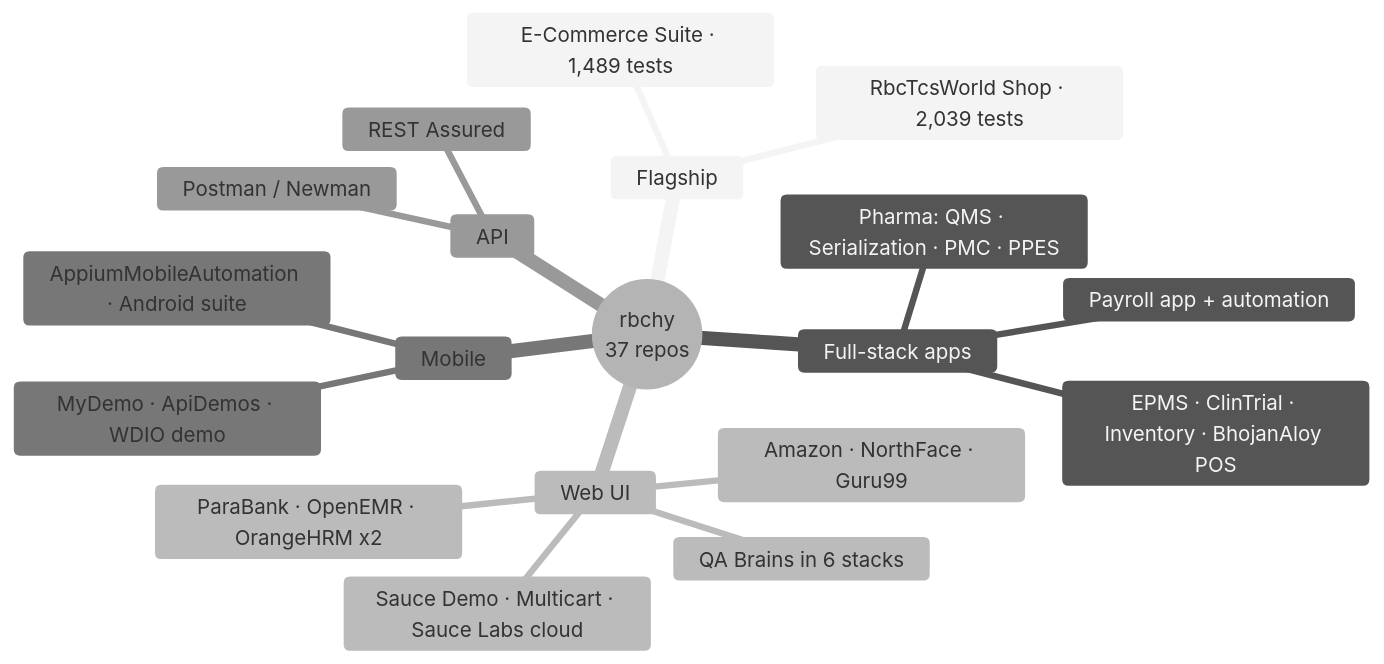
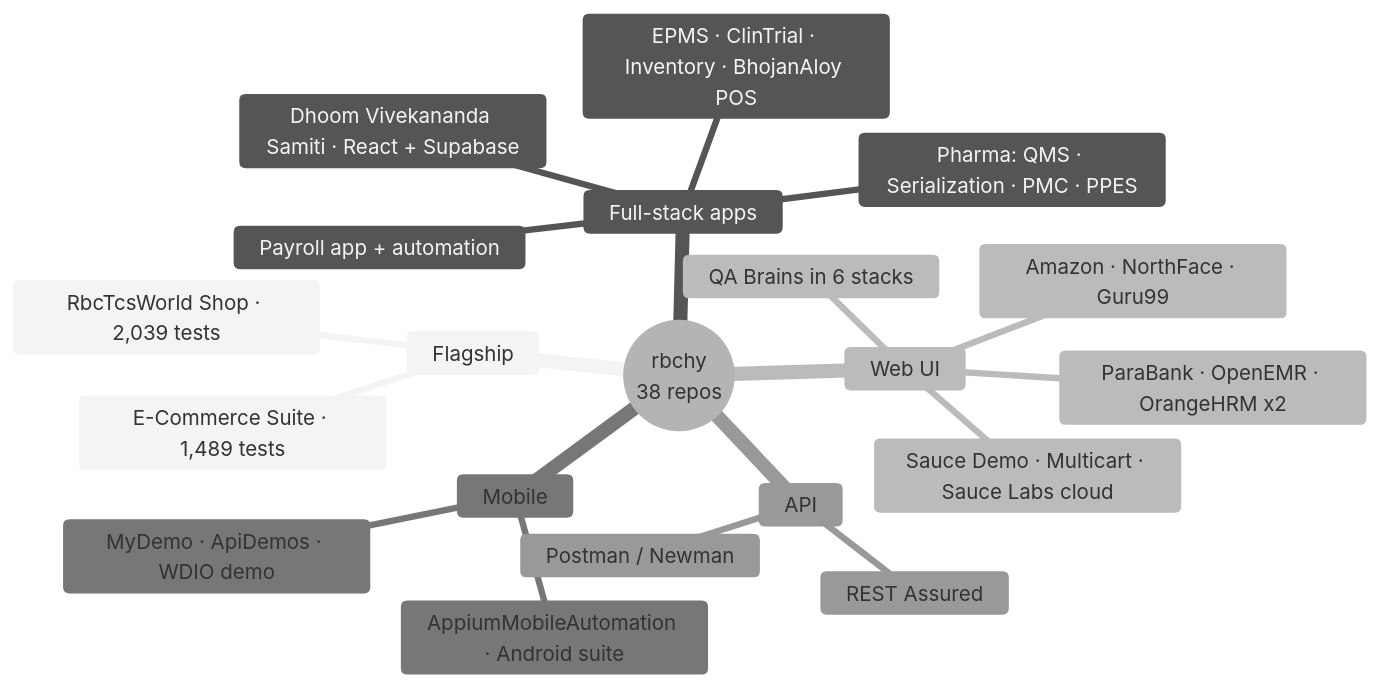
The ninth of 14 diagrams in README.md (rbchy/ranajitchowdhury), drawn with Mermaid (neutral theme) before and after one commit. The commit also changed other lines of this file and 3 other files, not shown here.

First line of the commit message:
Add dhoom-vivekananda-samiti: 38 repositories, 5,258 tests (#9)

````diff
--- a/README.md
+++ b/README.md
@@ -151,22 +151,23 @@
 ```mermaid
 mindmap
-  root((rbchy<br/>37 repos))
+  root((rbchy<br/>38 repos))
     Flagship
       E-Commerce Suite · 1,489 tests
       RbcTcsWorld Shop · 2,039 tests
     Full-stack apps
       Pharma: QMS · Serialization · PMC · PPES
       Payroll app + automation
       EPMS · ClinTrial · Inventory · BhojanAloy POS
+      Dhoom Vivekananda Samiti · React + Supabase
     Web UI
       QA Brains in 6 stacks
       Amazon · NorthFace · Guru99
       ParaBank · OpenEMR · OrangeHRM x2
       Sauce Demo · Multicart · Sauce Labs cloud
     Mobile
       MyDemo · ApiDemos · WDIO demo
       AppiumMobileAutomation · Android suite
     API
       REST Assured
       Postman / Newman
 ```
````
